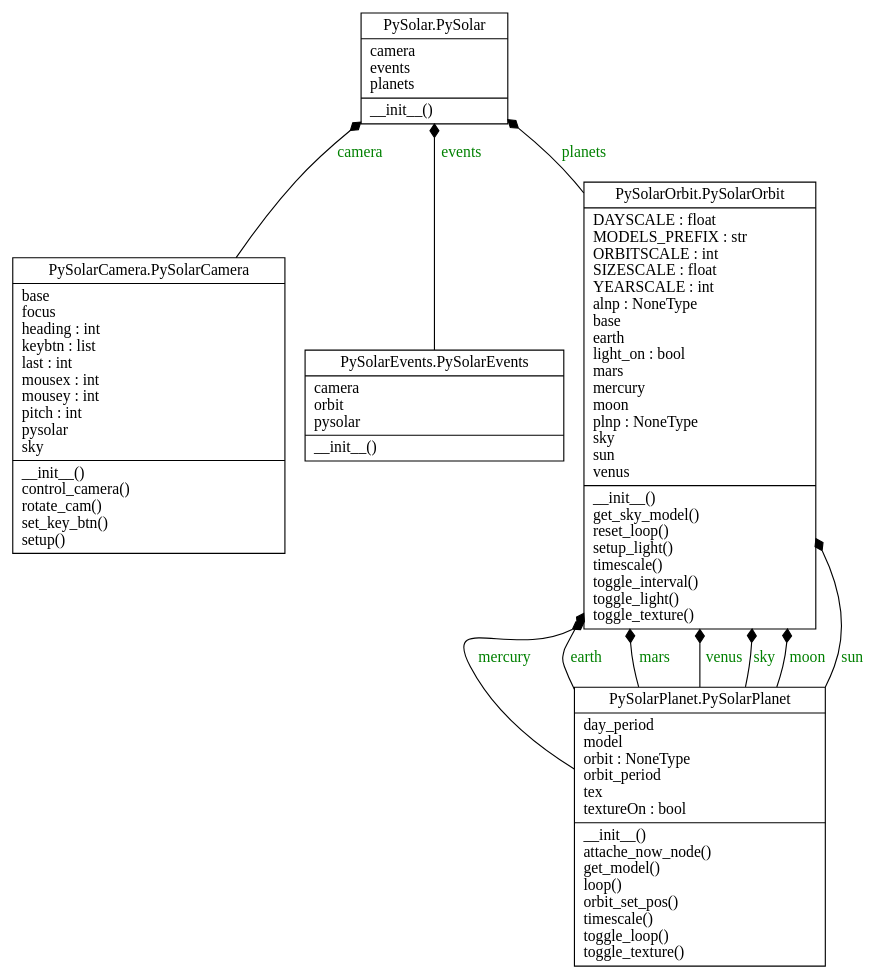
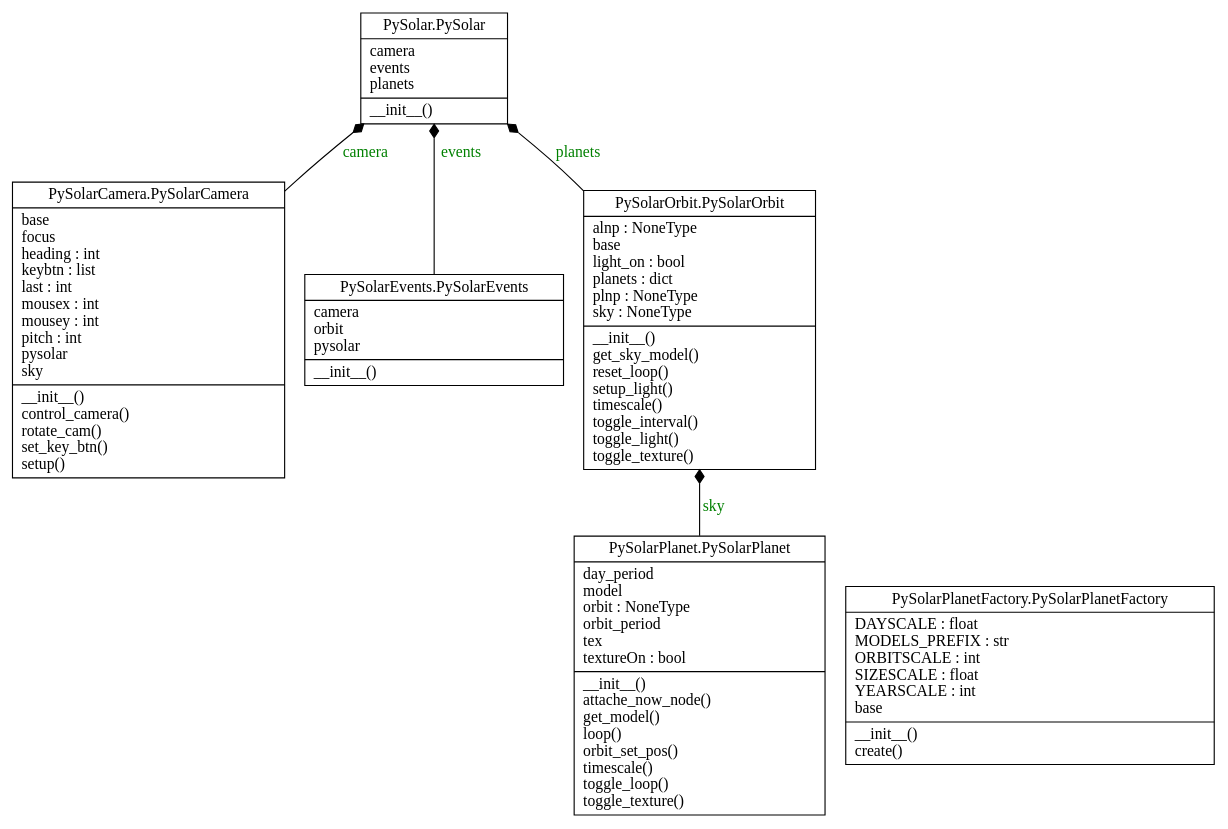
One commit to bhampl-tgm/PySolar changed the diagram in doc/classes_PySolar.dot. Above: the diagram before and after it, drawn with Graphviz. The commit also changed 6 other files, not shown here.

```diff
--- a/doc/classes_PySolar.dot
+++ b/doc/classes_PySolar.dot
@@ -1,19 +1,14 @@
 digraph "classes_PySolar" {
 charset="utf-8"
 rankdir=BT
 "0" [label="{PySolar.PySolar|camera\levents\lplanets\l|__init__()\l}", shape="record"];
 "1" [label="{PySolarCamera.PySolarCamera|base\lfocus\lheading : int\lkeybtn : list\llast : int\lmousex : int\lmousey : int\lpitch : int\lpysolar\lsky\l|__init__()\lcontrol_camera()\lrotate_cam()\lset_key_btn()\lsetup()\l}", shape="record"];
 "2" [label="{PySolarEvents.PySolarEvents|camera\lorbit\lpysolar\l|__init__()\l}", shape="record"];
-"3" [label="{PySolarOrbit.PySolarOrbit|DAYSCALE : float\lMODELS_PREFIX : str\lORBITSCALE : int\lSIZESCALE : float\lYEARSCALE : int\lalnp : NoneType\lbase\learth\llight_on : bool\lmars\lmercury\lmoon\lplnp : NoneType\lsky\lsun\lvenus\l|__init__()\lget_sky_model()\lreset_loop()\lsetup_light()\ltimescale()\ltoggle_interval()\ltoggle_light()\ltoggle_texture()\l}", shape="record"];
+"3" [label="{PySolarOrbit.PySolarOrbit|alnp : NoneType\lbase\llight_on : bool\lplanets : dict\lplnp : NoneType\lsky : NoneType\l|__init__()\lget_sky_model()\lreset_loop()\lsetup_light()\ltimescale()\ltoggle_interval()\ltoggle_light()\ltoggle_texture()\l}", shape="record"];
 "4" [label="{PySolarPlanet.PySolarPlanet|day_period\lmodel\lorbit : NoneType\lorbit_period\ltex\ltextureOn : bool\l|__init__()\lattache_now_node()\lget_model()\lloop()\lorbit_set_pos()\ltimescale()\ltoggle_loop()\ltoggle_texture()\l}", shape="record"];
+"5" [label="{PySolarPlanetFactory.PySolarPlanetFactory|DAYSCALE : float\lMODELS_PREFIX : str\lORBITSCALE : int\lSIZESCALE : float\lYEARSCALE : int\lbase\l|__init__()\lcreate()\l}", shape="record"];
 "1" -> "0" [arrowhead="diamond", arrowtail="none", fontcolor="green", label="camera", style="solid"];
 "2" -> "0" [arrowhead="diamond", arrowtail="none", fontcolor="green", label="events", style="solid"];
 "3" -> "0" [arrowhead="diamond", arrowtail="none", fontcolor="green", label="planets", style="solid"];
-"4" -> "3" [arrowhead="diamond", arrowtail="none", fontcolor="green", label="mercury", style="solid"];
-"4" -> "3" [arrowhead="diamond", arrowtail="none", fontcolor="green", label="earth", style="solid"];
-"4" -> "3" [arrowhead="diamond", arrowtail="none", fontcolor="green", label="mars", style="solid"];
-"4" -> "3" [arrowhead="diamond", arrowtail="none", fontcolor="green", label="venus", style="solid"];
 "4" -> "3" [arrowhead="diamond", arrowtail="none", fontcolor="green", label="sky", style="solid"];
-"4" -> "3" [arrowhead="diamond", arrowtail="none", fontcolor="green", label="moon", style="solid"];
-"4" -> "3" [arrowhead="diamond", arrowtail="none", fontcolor="green", label="sun", style="solid"];
 }
```
